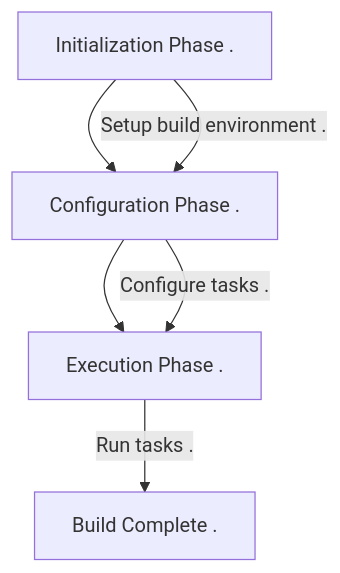
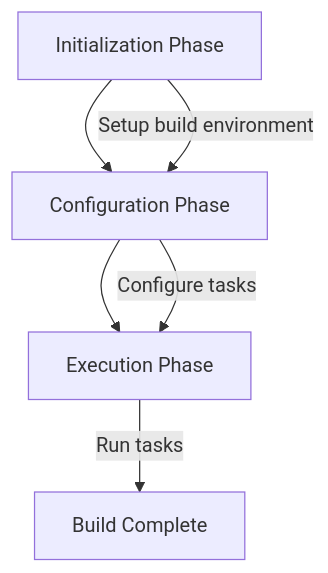
Before and after one commit to tomkoptel/notes-vault: the diagram in slides/content/agp-500/_index.md, drawn with Mermaid.

Commit message:
Fix mermaid slide

````diff
--- a/slides/content/agp-500/_index.md
+++ b/slides/content/agp-500/_index.md
@@ -26,9 +26,9 @@
-```mermaid
+{{< mermaid >}}
 flowchart TD
-    A[Initialization Phase .] --> B[Configuration Phase .]
-    B --> C[Execution Phase .]
+    A[Initialization Phase] --> B[Configuration Phase]
+    B --> C[Execution Phase]
 
-    A -->|Setup build environment .| B
-    B -->|Configure tasks .| C
-    C -->|Run tasks .| D[Build Complete .]
-```
+    A -->|Setup build environment| B
+    B -->|Configure tasks| C
+    C -->|Run tasks| D[Build Complete]
+{{< /mermaid >}}
````
